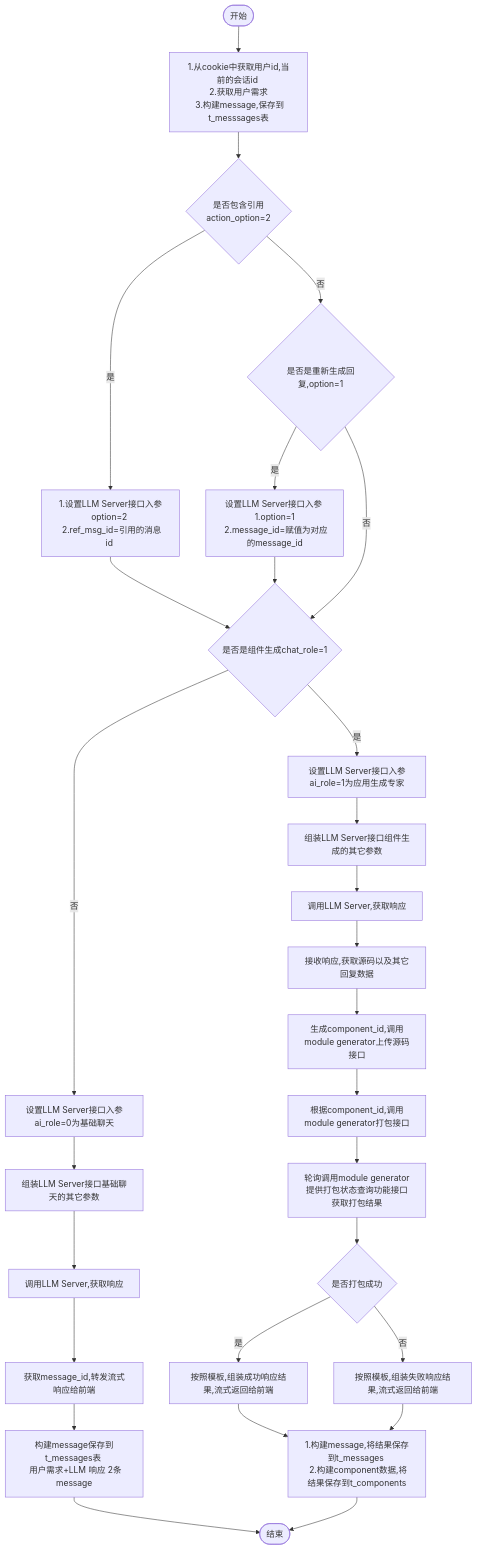
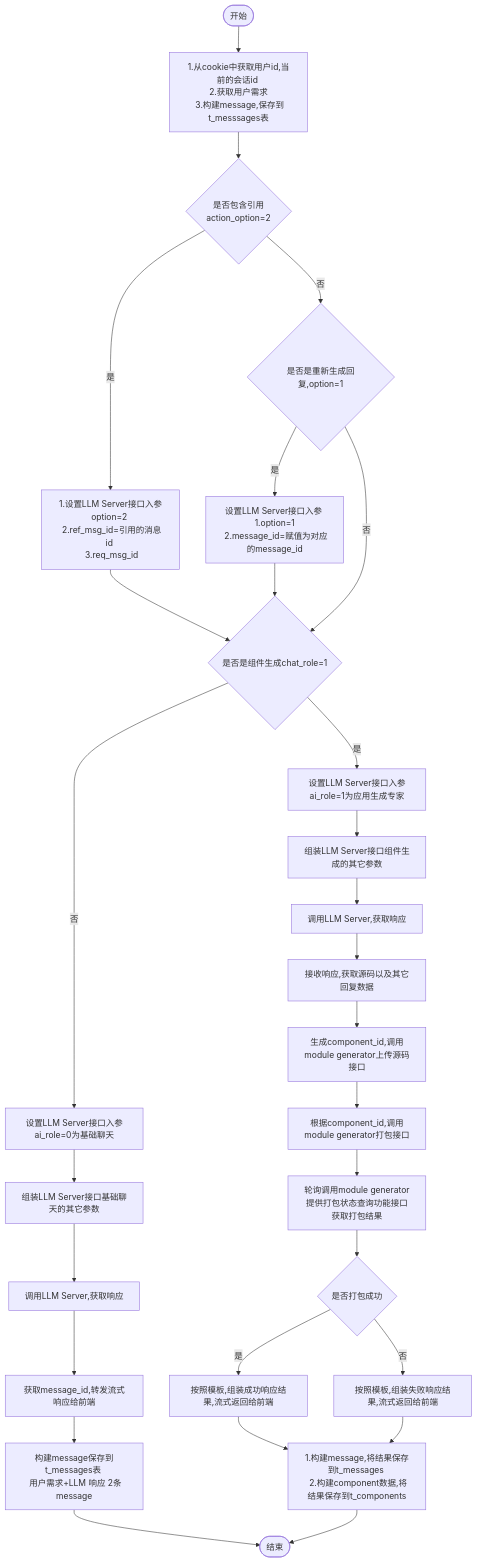
Before and after one commit to yingjianzh/iodraw-files: the diagram in all/w3-会话-不需要传递message.md, drawn with Mermaid.

Commit message:
2024-10-15 15:03:00 update

````diff
--- a/all/w3-会话-不需要传递message.md
+++ b/all/w3-会话-不需要传递message.md
@@ -1,34 +1,34 @@
 ```mermaid
 flowchart TD
     A([开始]) --> B[1.从cookie中获取用户id,当前的会话id \n 2.获取用户需求 \n 3.构建message,保存到t_messsages表]
     B--> D{是否包含引用 \n action_option=2}
-    D -- 是 --> E[1.设置LLM Server接口入参option=2 \n 2.ref_msg_id=引用的消息id \n ]
+    D -- 是 --> E[1.设置LLM Server接口入参option=2 \n 2.ref_msg_id=引用的消息id \n 3.req_msg_id]
     D -- 否 --> F{是否是重新生成回复,option=1}
     F -- 是 --> G[设置LLM Server接口入参 \n 1.option=1 \n 2.message_id=赋值为对应的message_id]
     F -- 否 --> I
      
     E & G --> I{是否是组件生成chat_role=1}
     I -- 否 --> K[设置LLM Server接口入参ai_role=0为基础聊天]
     I -- 是 --> J[设置LLM Server接口入参ai_role=1为应用生成专家]
     
 
     J --> L[组装LLM Server接口组件生成的其它参数]    
     K --> M[组装LLM Server接口基础聊天的其它参数]    
     M --> N[调用LLM Server,获取响应]    
     N --> O[获取message_id,转发流式响应给前端]
     O --> P[构建message保存到t_messages表 \n 用户需求+LLM 响应 2条message]
     P --> R([结束])
 
 
     L --> S[调用LLM Server,获取响应]
     S --> T[接收响应,获取源码以及其它回复数据]
     T --> U[生成component_id,调用module generator上传源码接口]
     U --> V[根据component_id,调用module generator打包接口]
     V --> W[轮询调用module generator提供打包状态查询功能接口获取打包结果]
     W --> X{是否打包成功}
     X -- 是 --> Y[按照模板,组装成功响应结果,流式返回给前端]
     X -- 否 --> Z[按照模板,组装失败响应结果,流式返回给前端]
 
     Y & Z --> Result[1.构建message,将结果保存到t_messages \n 2.构建component数据,将结果保存到t_components]
     Result --> R
 ```
````
